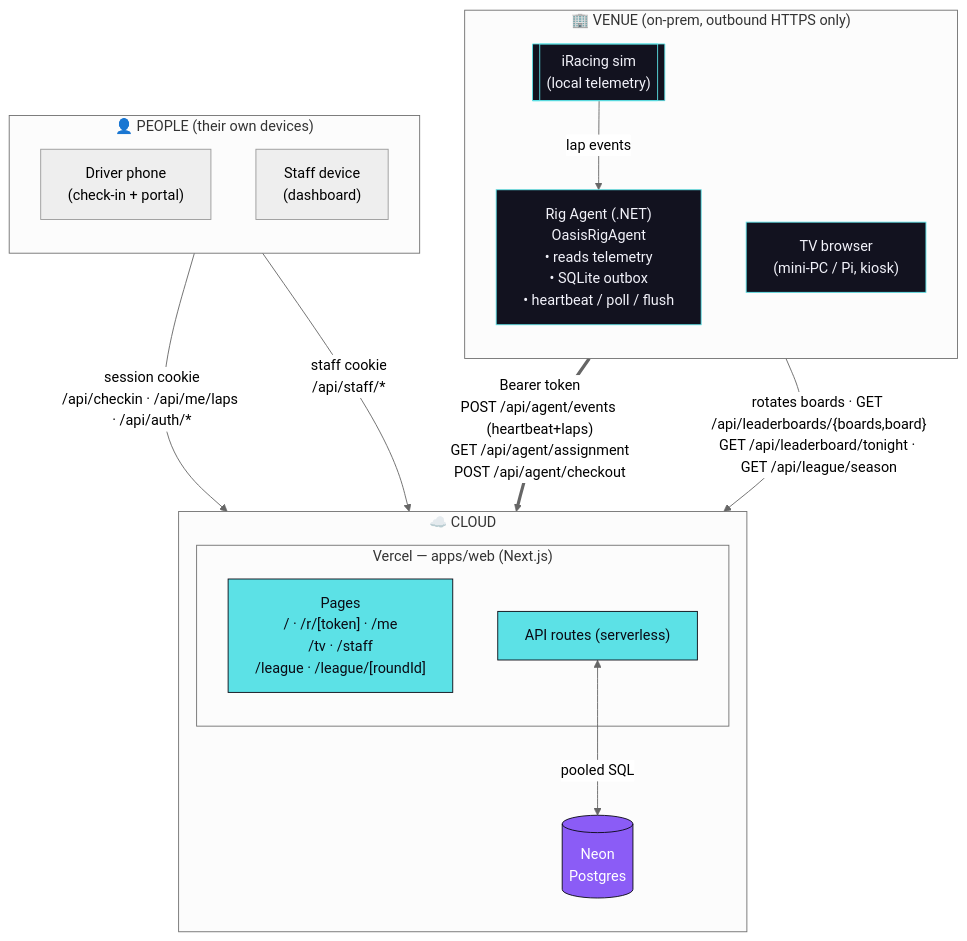
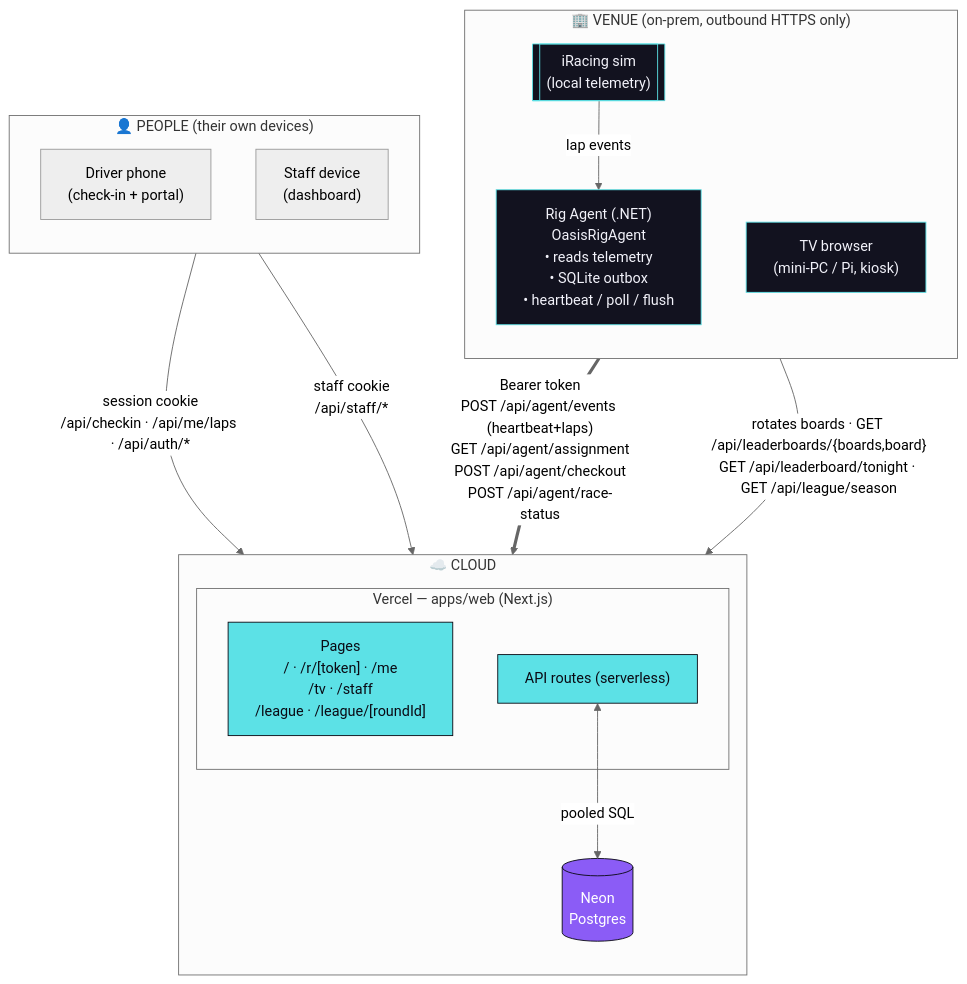
The diagram in docs/architecture.md (codyjohnsontx/oasisRaceControl), drawn with Mermaid (neutral theme) before and after one commit. The commit also changed other lines of this file and 23 other files, not shown here.

First line of the commit message:
feat(web): add live race status ingestion and the public live race feed (#54)

````diff
--- a/docs/architecture.md
+++ b/docs/architecture.md
@@ -9,38 +9,38 @@
 ```mermaid
 flowchart TB
     subgraph venue["🏢 VENUE (on-prem, outbound HTTPS only)"]
         direction TB
         iracing[["iRacing sim<br/>(local telemetry)"]]
         agent["Rig Agent (.NET)<br/>OasisRigAgent<br/>• reads telemetry<br/>• SQLite outbox<br/>• heartbeat / poll / flush"]
         tv["TV browser<br/>(mini-PC / Pi, kiosk)"]
         iracing -->|"lap events"| agent
     end
 
     subgraph people["👤 PEOPLE (their own devices)"]
         direction TB
         driver["Driver phone<br/>(check-in + portal)"]
         staff["Staff device<br/>(dashboard)"]
     end
 
     subgraph cloud["☁️ CLOUD"]
         direction TB
         subgraph vercel["Vercel — apps/web (Next.js)"]
             pages["Pages<br/>/ · /r/[token] · /me<br/>/tv · /staff<br/>/league · /league/[roundId]"]
             api["API routes (serverless)"]
         end
         neon[("Neon<br/>Postgres")]
         api <-->|"pooled SQL"| neon
     end
 
-    agent ==>|"Bearer token<br/>POST /api/agent/events (heartbeat+laps)<br/>GET /api/agent/assignment<br/>POST /api/agent/checkout"| api
+    agent ==>|"Bearer token<br/>POST /api/agent/events (heartbeat+laps)<br/>GET /api/agent/assignment<br/>POST /api/agent/checkout<br/>POST /api/agent/race-status"| api
     tv -->|"rotates boards · GET /api/leaderboards/{boards,board}<br/>GET /api/leaderboard/tonight · GET /api/league/season"| api
     driver -->|"session cookie<br/>/api/checkin · /api/me/laps · /api/auth/*"| api
     staff -->|"staff cookie<br/>/api/staff/*"| api
 
     classDef cloudcls fill:#5ce1e6,stroke:#0a0a14,color:#0a0a14;
     classDef db fill:#8b5cf6,stroke:#0a0a14,color:#fff;
     classDef venuecls fill:#12121f,stroke:#5ce1e6,color:#f2f2fa;
     class api,pages cloudcls;
     class neon db;
     class agent,tv,iracing venuecls;
 ```
````
